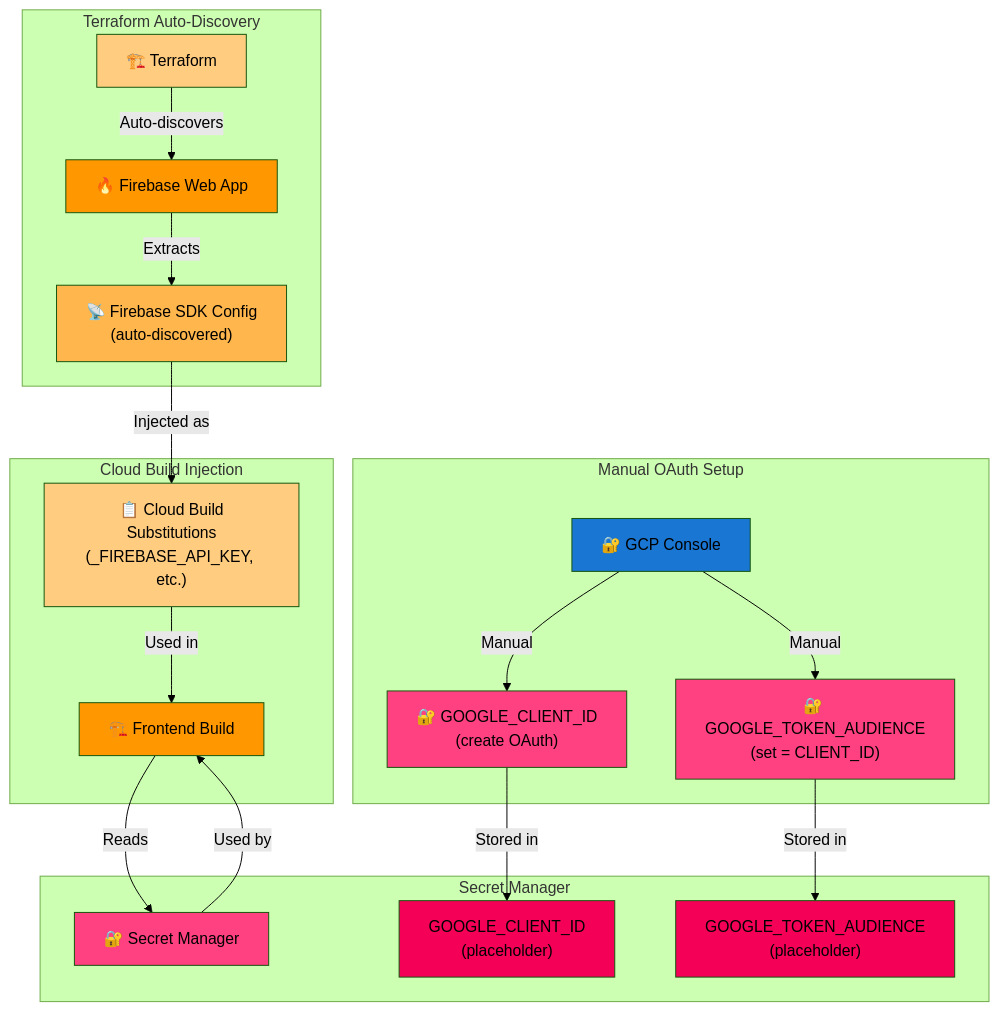
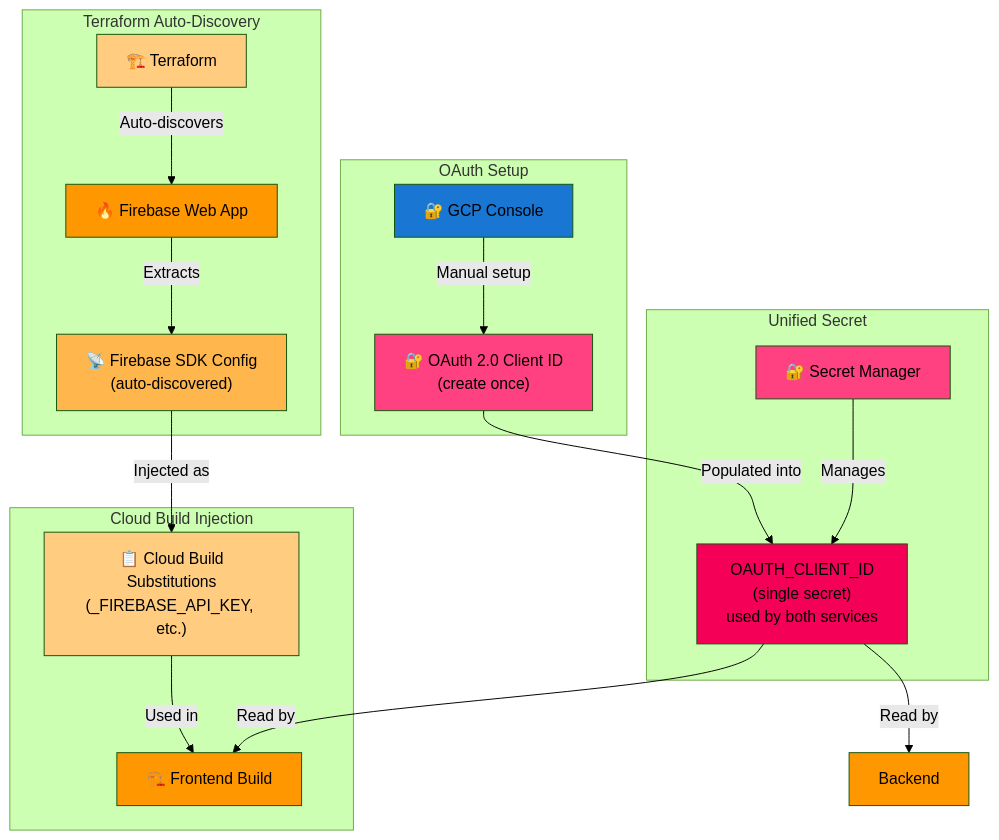
Before and after one commit to maxrinalfox/professional-services: the fourth of 7 diagrams in examples/creative-studio/infra/ARCHITECTURE.md, drawn with Mermaid (forest theme). The commit also changed other lines of this file, not shown here.

First line of the commit message:
docs(infra): update ARCHITECTURE.md for unified OAuth credential architecture

````diff
--- a/examples/creative-studio/infra/ARCHITECTURE.md
+++ b/examples/creative-studio/infra/ARCHITECTURE.md
@@ -275,50 +276,45 @@
 ```mermaid
 graph TB
     subgraph "Terraform Auto-Discovery"
         TF["🏗️ Terraform"]
         Firebase["🔥 Firebase Web App"]
         SDK["📡 Firebase SDK Config<br/>(auto-discovered)"]
     end
 
     subgraph "Cloud Build Injection"
         BuildSubs["📋 Cloud Build<br/>Substitutions<br/>(_FIREBASE_API_KEY, etc.)"]
         FrontendBuild["🏗️ Frontend Build"]
     end
 
-    subgraph "Manual OAuth Setup"
+    subgraph "OAuth Setup"
         GCPConsole["🔐 GCP Console"]
-        ClientID["🔐 GOOGLE_CLIENT_ID<br/>(create OAuth)"]
-        Audience["🔐 GOOGLE_TOKEN_AUDIENCE<br/>(set = CLIENT_ID)"]
+        ClientID["🔐 OAuth 2.0 Client ID<br/>(create once)"]
     end
 
-    subgraph "Secret Manager"
+    subgraph "Unified Secret"
         SM["🔐 Secret Manager"]
-        SMClientID["GOOGLE_CLIENT_ID<br/>(placeholder)"]
-        SMAudience["GOOGLE_TOKEN_AUDIENCE<br/>(placeholder)"]
+        UnifiedSecret["OAUTH_CLIENT_ID<br/>(single secret)<br/>used by both services"]
     end
 
     TF -->|Auto-discovers| Firebase
     Firebase -->|Extracts| SDK
     SDK -->|Injected as| BuildSubs
     BuildSubs -->|Used in| FrontendBuild
 
-    GCPConsole -->|Manual| ClientID
-    GCPConsole -->|Manual| Audience
-    ClientID -->|Stored in| SMClientID
-    Audience -->|Stored in| SMAudience
-    SM -->|Used by| FrontendBuild
-
-    FrontendBuild -->|Reads| SM
+    GCPConsole -->|Manual setup| ClientID
+    ClientID -->|Populated into| UnifiedSecret
+    SM -->|Manages| UnifiedSecret
+    UnifiedSecret -->|Read by| FrontendBuild
+    UnifiedSecret -->|Read by| Backend
 
     style TF fill:#ffcc80
     style Firebase fill:#ff9800
     style SDK fill:#ffb74d
     style BuildSubs fill:#ffcc80
     style FrontendBuild fill:#ff9800
     style GCPConsole fill:#1976d2
     style ClientID fill:#ff4081
-    style Audience fill:#ff4081
     style SM fill:#ff4081
-    style SMClientID fill:#f50057
-    style SMAudience fill:#f50057
+    style UnifiedSecret fill:#f50057
+    style Backend fill:#ff9800
 ```
````
